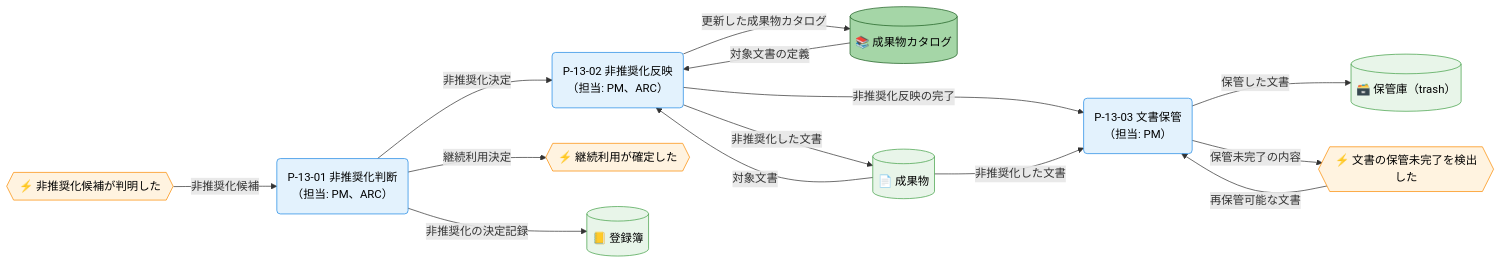
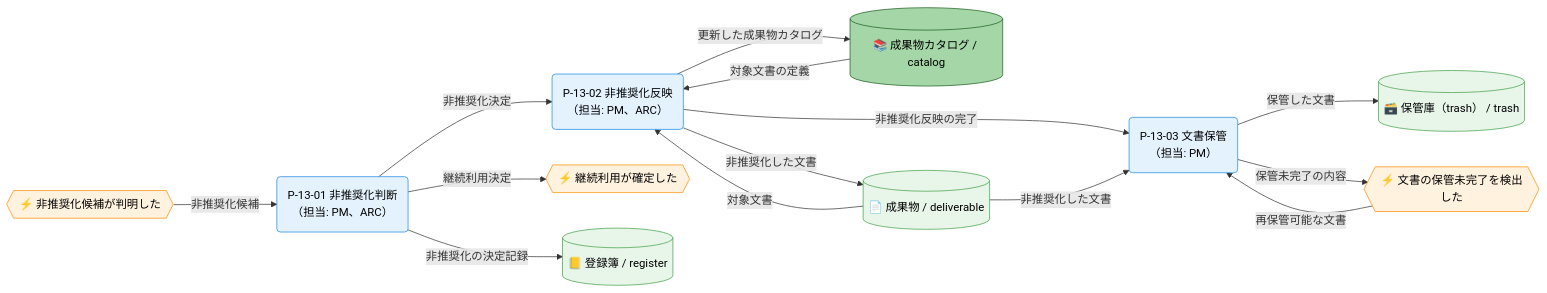
Before and after one commit to specdojo/specdojo: the third of 3 diagrams in docs/ja/product/010-business-specs/010-data-flow/cdfd-action.md, drawn with Mermaid. The commit also changed other lines of this file and 14 other files, not shown here.

````diff
--- a/docs/ja/product/010-business-specs/010-data-flow/cdfd-action.md
+++ b/docs/ja/product/010-business-specs/010-data-flow/cdfd-action.md
@@ -180,37 +180,37 @@
 ```mermaid
 flowchart LR
   classDef process fill:#e3f2fd,stroke:#1e88e5,color:#000
   classDef event fill:#fff3e0,stroke:#fb8c00,color:#000
   classDef storeMaster fill:#a5d6a7,stroke:#1b5e20,color:#000
   classDef storeTransaction fill:#e8f5e9,stroke:#43a047,color:#000
 
   非推奨化候補{{"⚡ 非推奨化候補が判明した"}}
   非推奨化判断("P-13-01 非推奨化判断<br>（担当: PM、ARC）")
   非推奨化反映("P-13-02 非推奨化反映<br>（担当: PM、ARC）")
   文書保管("P-13-03 文書保管<br>（担当: PM）")
   継続利用{{"⚡ 継続利用が確定した"}}
   保管未完了{{"⚡ 文書の保管未完了を検出した"}}
-  成果物カタログ[("📚 成果物カタログ")]
-  登録簿[("📒 登録簿")]
-  成果物[("📄 成果物")]
-  保管庫[("🗃️ 保管庫（trash）")]
+  成果物カタログ[("📚 成果物カタログ / catalog")]
+  登録簿[("📒 登録簿 / register")]
+  成果物[("📄 成果物 / deliverable")]
+  保管庫[("🗃️ 保管庫（trash） / trash")]
 
   非推奨化候補 -->|"非推奨化候補"| 非推奨化判断
   非推奨化判断 -->|"非推奨化の決定記録"| 登録簿
   非推奨化判断 -->|"非推奨化決定"| 非推奨化反映
   非推奨化判断 -->|"継続利用決定"| 継続利用
   成果物カタログ -->|"対象文書の定義"| 非推奨化反映
   成果物 -->|"対象文書"| 非推奨化反映
   非推奨化反映 -->|"更新した成果物カタログ"| 成果物カタログ
   非推奨化反映 -->|"非推奨化した文書"| 成果物
   非推奨化反映 -->|"非推奨化反映の完了"| 文書保管
   成果物 -->|"非推奨化した文書"| 文書保管
   文書保管 -->|"保管した文書"| 保管庫
   文書保管 -->|"保管未完了の内容"| 保管未完了
   保管未完了 -->|"再保管可能な文書"| 文書保管
 
   class 非推奨化判断,非推奨化反映,文書保管 process
   class 非推奨化候補,継続利用,保管未完了 event
   class 成果物カタログ storeMaster
   class 登録簿,成果物,保管庫 storeTransaction
 ```
````
